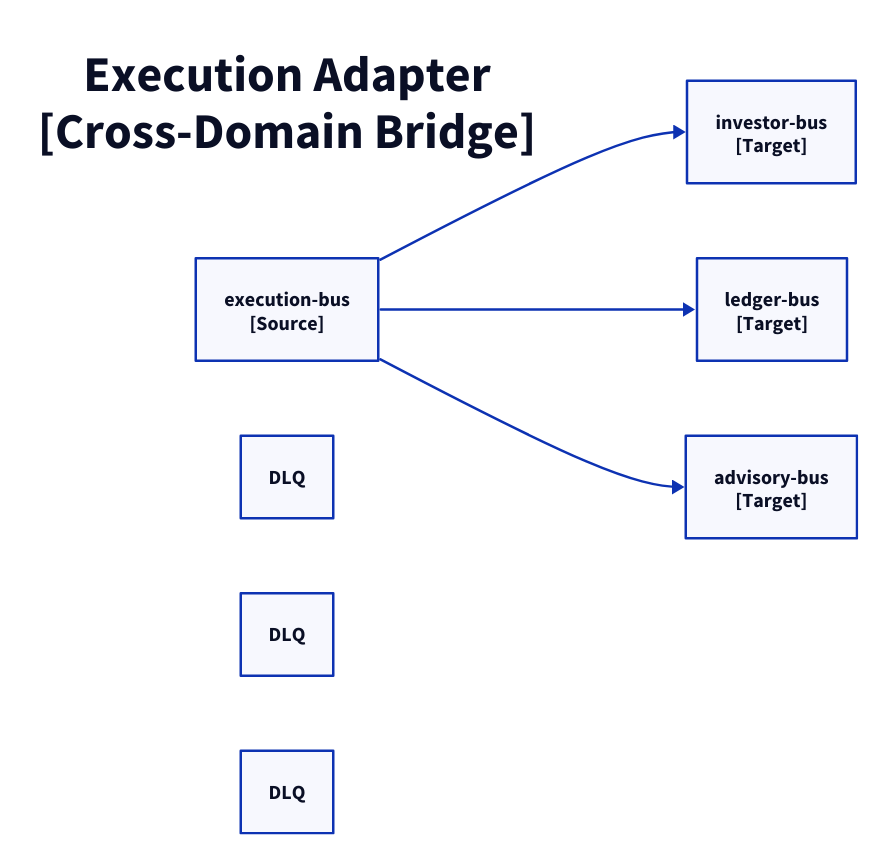
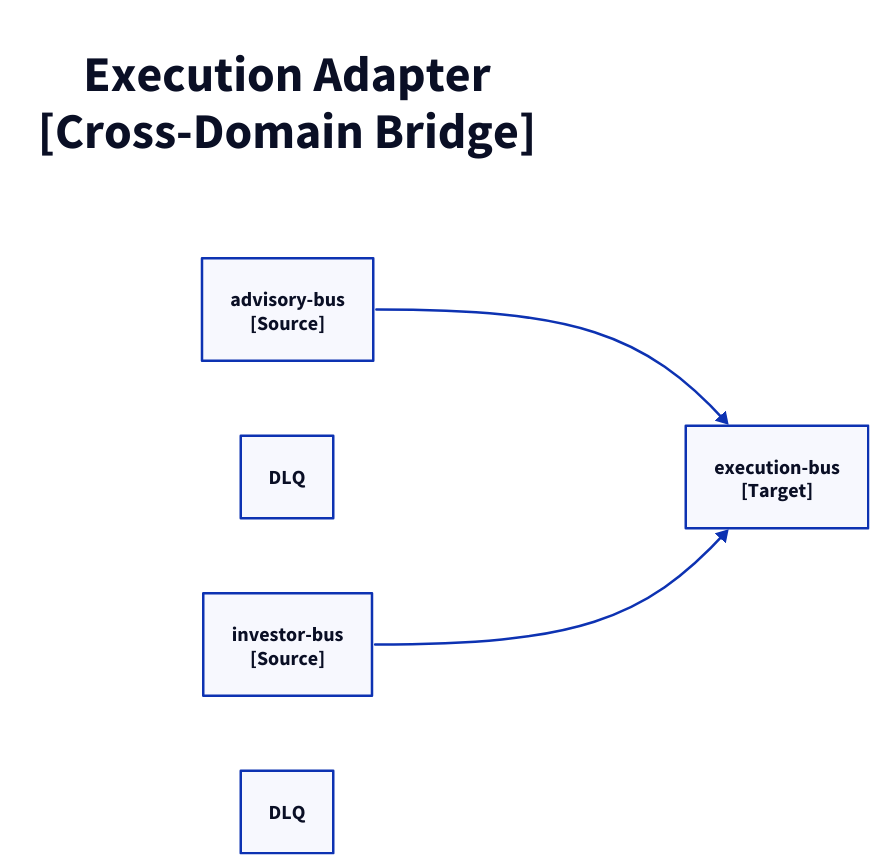
One commit to fabio-vitali/nestfolio changed the diagram in docs/architecture/c3/execution-adpt.d2. Above: the diagram before and after it, drawn with D2. The commit also changed 14 other files, not shown here.

First line of the commit message:
fix(c4): update diagram generator for pull model adapter event routing

```diff
--- a/docs/architecture/c3/execution-adpt.d2
+++ b/docs/architecture/c3/execution-adpt.d2
@@ -1,21 +1,17 @@
 direction: right
 
 title: "Execution Adapter\n[Cross-Domain Bridge]" {
   style: { font-size: 40; bold: true; fill: transparent; stroke: transparent }
 }
 
-source: "execution-bus\n[Source]" { class: aws-eventbridge }
+target: "execution-bus\n[Target]" { class: aws-eventbridge }
 
-to-investor: "investor-bus\n[Target]" { class: aws-eventbridge }
-to-investor-dlq: "DLQ" { class: aws-dlq }
-source -> to-investor
+execution-ingress-from-advisory: "advisory-bus\n[Source]" { class: aws-eventbridge }
+execution-ingress-from-advisory-dlq: "DLQ" { class: aws-dlq }
+execution-ingress-from-advisory -> target
 
-to-ledger: "ledger-bus\n[Target]" { class: aws-eventbridge }
-to-ledger-dlq: "DLQ" { class: aws-dlq }
-source -> to-ledger
-
-to-advisory: "advisory-bus\n[Target]" { class: aws-eventbridge }
-to-advisory-dlq: "DLQ" { class: aws-dlq }
-source -> to-advisory
+execution-ingress-from-investor: "investor-bus\n[Source]" { class: aws-eventbridge }
+execution-ingress-from-investor-dlq: "DLQ" { class: aws-dlq }
+execution-ingress-from-investor -> target
 
 # Flows
```
